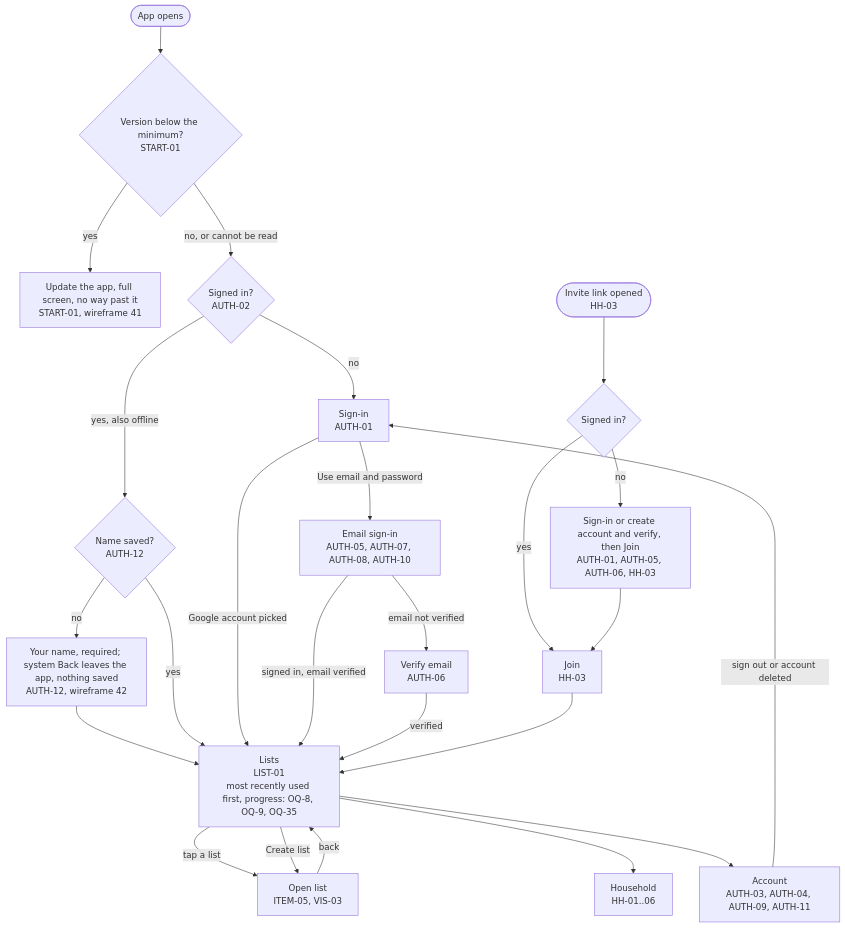
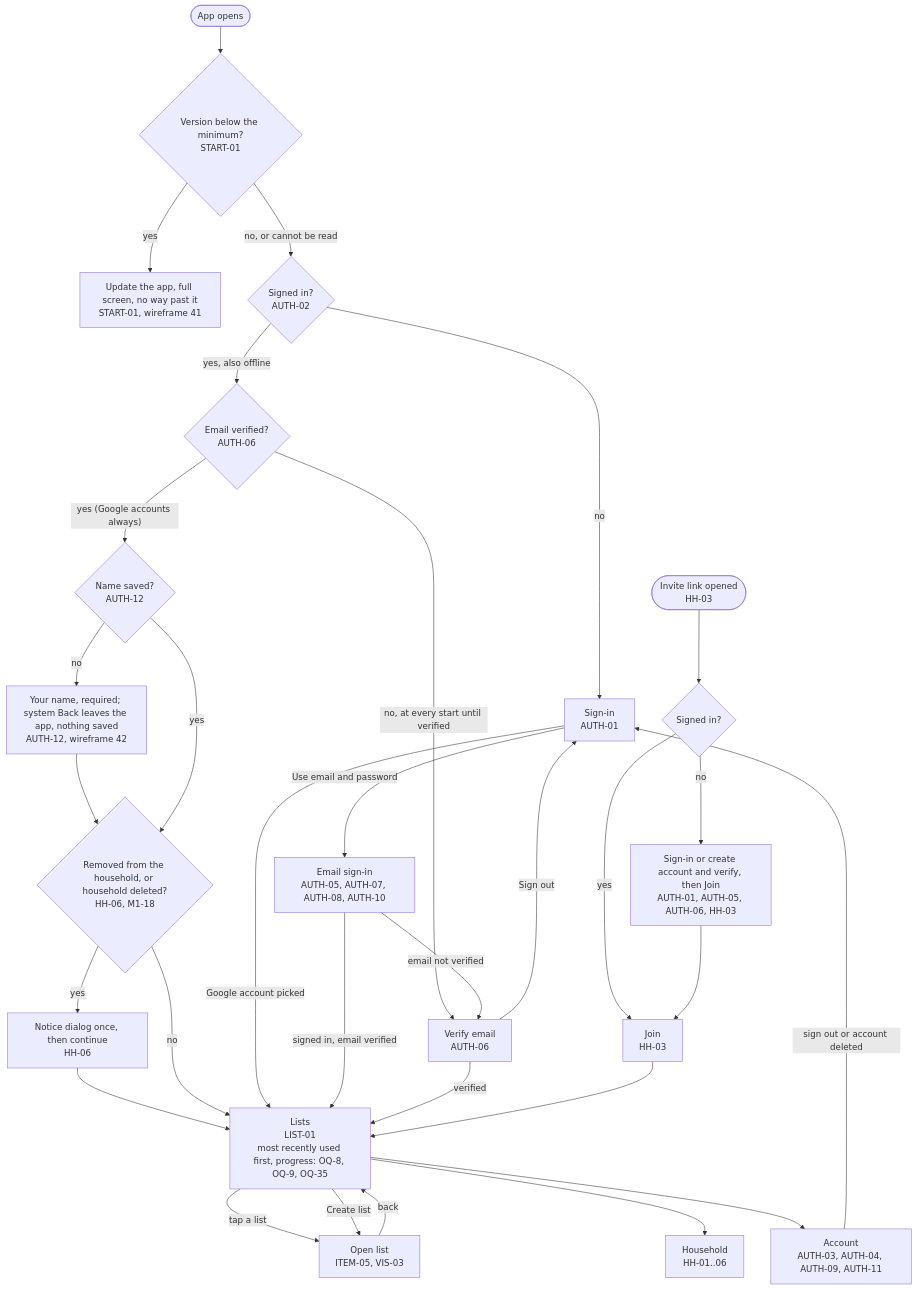
One commit to bondo/listicles2 changed the first of 11 diagrams in docs/product/flow.md. Above: the diagram before and after it, drawn with Mermaid. The commit also changed other lines of this file and 6 other files, not shown here.

First line of the commit message:
docs: start-up gates, M1 home, AUTH-06 wording, design status (M1-36; see #194, #195, #196, #198, #210, #258, #260)

````diff
--- a/docs/product/flow.md
+++ b/docs/product/flow.md
@@ -31,26 +31,31 @@
 ```mermaid
 flowchart TD
     start(["App opens"]) --> gate{"Version below the minimum?<br>START-01"}
     gate -- "yes" --> upd["Update the app, full screen, no way past it<br>START-01, wireframe 41"]
     gate -- "no, or cannot be read" --> signed{"Signed in?<br>AUTH-02"}
     signed -- "no" --> signin["Sign-in<br>AUTH-01"]
-    signed -- "yes, also offline" --> named{"Name saved?<br>AUTH-12"}
-    named -- "no" --> nm0["Your name, required; system Back leaves the app, nothing saved<br>AUTH-12, wireframe 42"] --> lists
-    named -- "yes" --> lists["Lists<br>LIST-01<br>most recently used first, progress: OQ-8, OQ-9, OQ-35"]
+    signed -- "yes, also offline" --> ver{"Email verified?<br>AUTH-06"}
+    ver -- "no, at every start until verified" --> verify
+    ver -- "yes (Google accounts always)" --> named{"Name saved?<br>AUTH-12"}
+    named -- "no" --> nm0["Your name, required; system Back leaves the app, nothing saved<br>AUTH-12, wireframe 42"] --> heal
+    named -- "yes" --> heal{"Removed from the household, or household deleted?<br>HH-06, M1-18"}
+    heal -- "yes" --> notice["Notice dialog once, then continue<br>HH-06"] --> lists
+    heal -- "no" --> lists["Lists<br>LIST-01<br>most recently used first, progress: OQ-8, OQ-9, OQ-35"]
     signin -- "Google account picked" --> lists
     signin -- "Use email and password" --> email["Email sign-in<br>AUTH-05, AUTH-07, AUTH-08, AUTH-10"]
     email -- "signed in, email verified" --> lists
     email -- "email not verified" --> verify["Verify email<br>AUTH-06"]
     verify -- "verified" --> lists
+    verify -- "Sign out" --> signin
     link(["Invite link opened<br>HH-03"]) --> signed2{"Signed in?"}
     signed2 -- "no" --> signin2["Sign-in or create account and verify, then Join<br>AUTH-01, AUTH-05, AUTH-06, HH-03"]
     signed2 -- "yes" --> join["Join<br>HH-03"]
     signin2 --> join
     join --> lists
     lists -- "tap a list" --> open["Open list<br>ITEM-05, VIS-03"]
     lists -- "Create list" --> open
     lists --> household["Household<br>HH-01..06"]
     lists --> account["Account<br>AUTH-03, AUTH-04, AUTH-09, AUTH-11"]
     open -- "back" --> lists
     account -- "sign out or account deleted" --> signin
 ```
````
